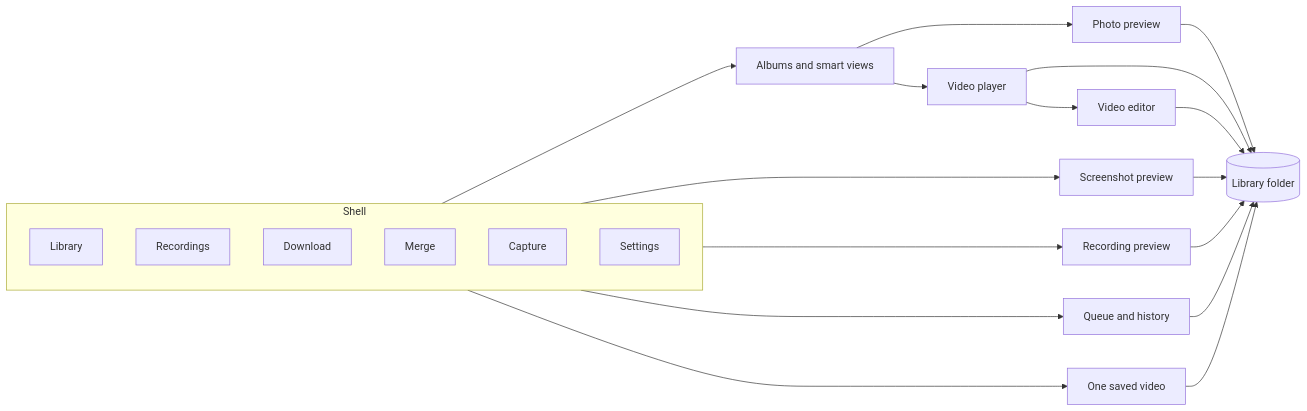
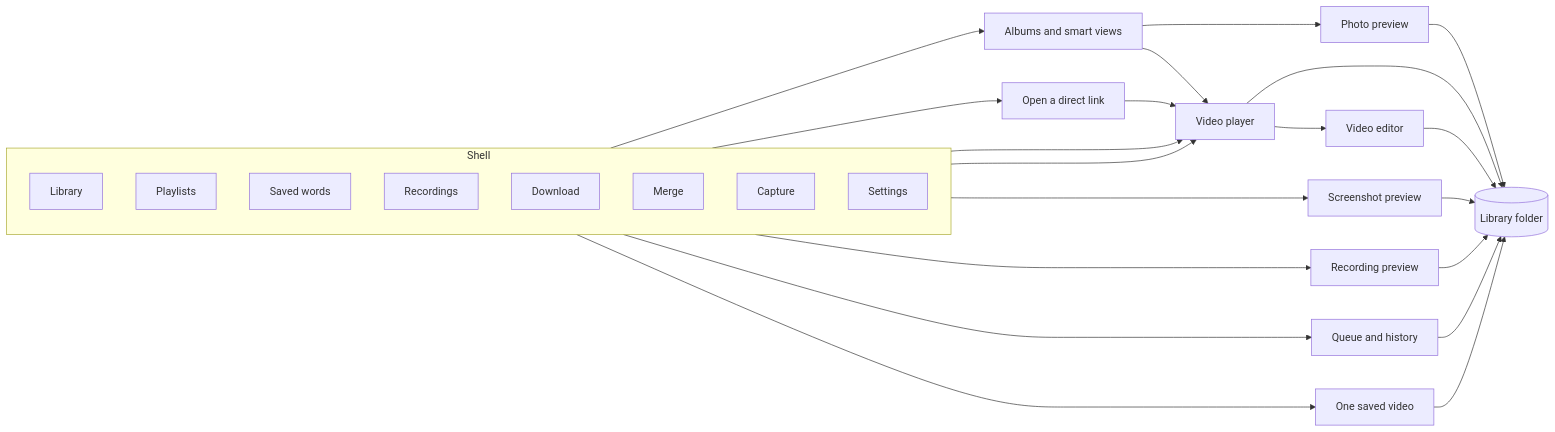
The diagram in README.md (YavuzDuman/PersonalMediaPlayer), drawn with Mermaid before and after one commit. The commit also changed other lines of this file and 63 other files, not shown here.

First line of the commit message:
Add stream playback, saved words, and YouTube playlist downloads.

````diff
--- a/README.md
+++ b/README.md
@@ -32,28 +32,34 @@
 ```mermaid
 flowchart LR
   subgraph shell [Shell]
     direction TB
     Library
+    Playlists
+    Words[Saved words]
     Recordings
     Download
     Merge
     Capture
     Settings
   end
 
   Library --> Views[Albums and smart views]
+  Library --> Link[Open a direct link]
   Views --> Photo[Photo preview]
   Views --> Player[Video player]
+  Link --> Player
+  Playlists --> Player
+  Words --> Player
   Player --> Editor[Video editor]
   Capture --> Shot[Screenshot preview]
   Recordings --> Take[Recording preview]
   Download --> Queue[Queue and history]
   Merge --> Joined[One saved video]
   Photo --> Folder[(Library folder)]
   Player --> Folder
   Editor --> Folder
   Shot --> Folder
   Take --> Folder
   Queue --> Folder
   Joined --> Folder
 ```
````
